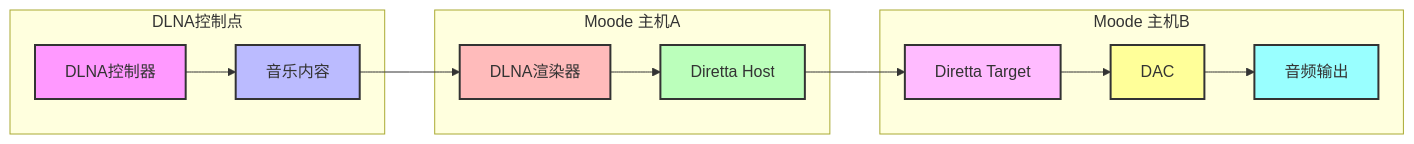
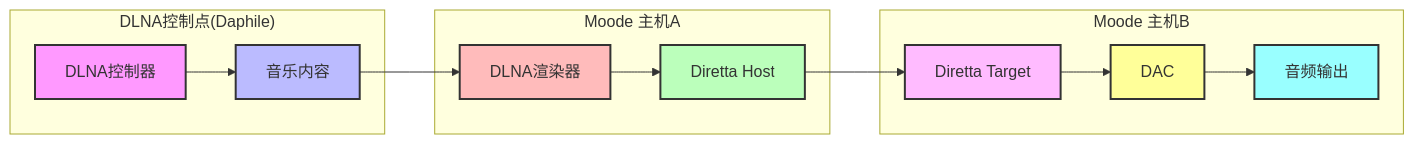
The second of 2 diagrams in README.md (mslovecc/nanopim4), drawn with Mermaid before and after one commit. The commit also changed other lines of this file, not shown here.

````diff
--- a/README.md
+++ b/README.md
@@ -4,21 +28,21 @@
 ```mermaid
 flowchart LR
-    subgraph "DLNA控制点"
+    subgraph "DLNA控制点(Daphile)"
     A[DLNA控制器] --> B[音乐内容]
     end
     subgraph "Moode 主机A"
     B --> C[DLNA渲染器]
     C --> D[Diretta Host]
     end
     subgraph "Moode 主机B"
     D --> E[Diretta Target] --> F[DAC] --> G[音频输出]
     end
     
     style A fill:#f9f,stroke:#333,stroke-width:2px
     style B fill:#bbf,stroke:#333,stroke-width:2px
     style C fill:#fbb,stroke:#333,stroke-width:2px
     style D fill:#bfb,stroke:#333,stroke-width:2px
     style E fill:#fbf,stroke:#333,stroke-width:2px
     style F fill:#ff9,stroke:#333,stroke-width:2px
     style G fill:#9ff,stroke:#333,stroke-width:2px
 ```
````
